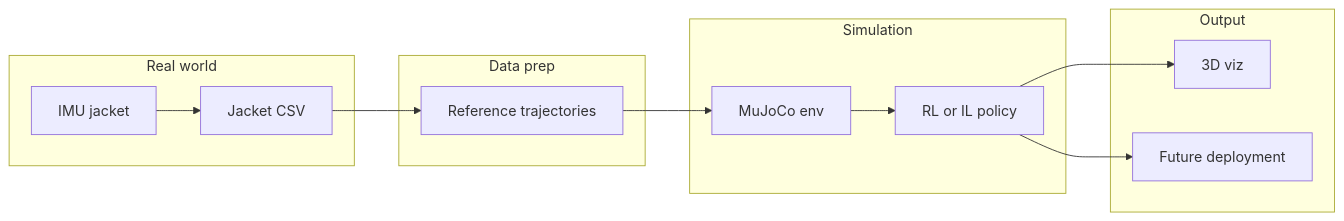
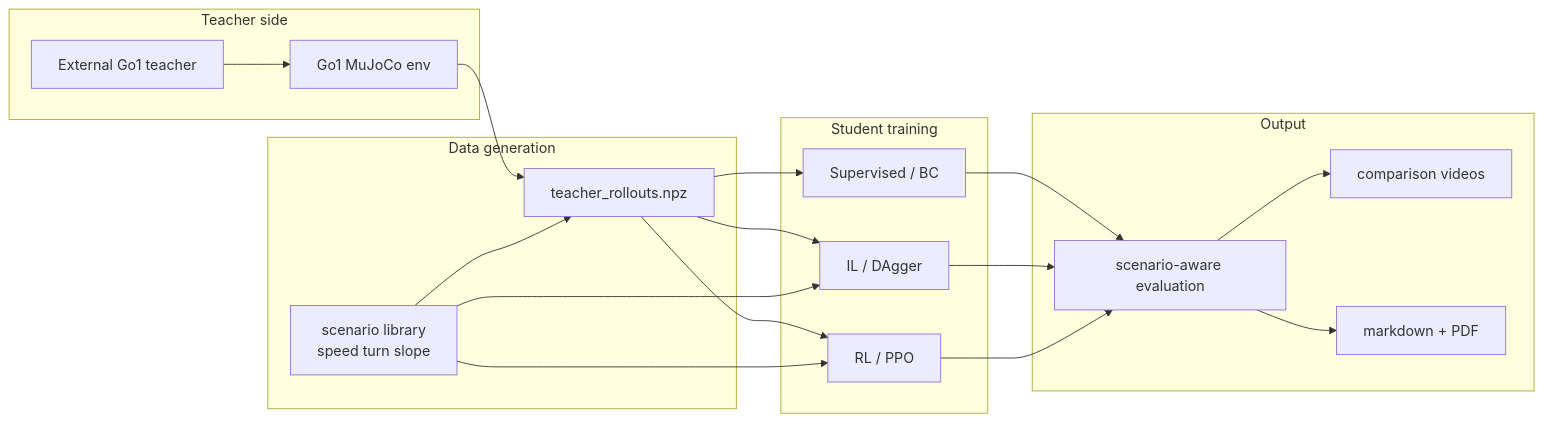
Before and after one commit to wartelth/Bark: the first of 3 diagrams in README.md, drawn with Mermaid. The commit also changed other lines of this file, not shown here.

First line of the commit message:
Refine README to detail the prosthetic Go1 training pipeline

````diff
--- a/README.md
+++ b/README.md
@@ -35,24 +35,34 @@
 ```mermaid
 flowchart LR
-  subgraph real [Real world]
-    Jacket[IMU jacket]
-    CSV[Jacket CSV]
+  subgraph teacher [Teacher side]
+    ExtTeacher[External Go1 teacher]
+    Go1Env[Go1 MuJoCo env]
   end
-  subgraph prep [Data prep]
-    Refs[Reference trajectories]
+  subgraph data [Data generation]
+    Rollouts[teacher_rollouts.npz]
+    Scenarios[scenario library<br/>speed turn slope]
   end
-  subgraph sim [Simulation]
-    Env[MuJoCo env]
-    Policy[RL or IL policy]
+  subgraph train [Student training]
+    BC[Supervised / BC]
+    IL[IL / DAgger]
+    PPO[RL / PPO]
   end
   subgraph out [Output]
-    Viz[3D viz]
-    Deploy[Future deployment]
+    Compare[scenario-aware evaluation]
+    Videos[comparison videos]
+    Report[markdown + PDF]
   end
-  Jacket --> CSV
-  CSV --> Refs
-  Refs --> Env
-  Env --> Policy
-  Policy --> Viz
-  Policy --> Deploy
+  ExtTeacher --> Go1Env
+  Go1Env --> Rollouts
+  Scenarios --> Rollouts
+  Rollouts --> BC
+  Rollouts --> IL
+  Rollouts --> PPO
+  Scenarios --> IL
+  Scenarios --> PPO
+  BC --> Compare
+  IL --> Compare
+  PPO --> Compare
+  Compare --> Videos
+  Compare --> Report
 ```
````
